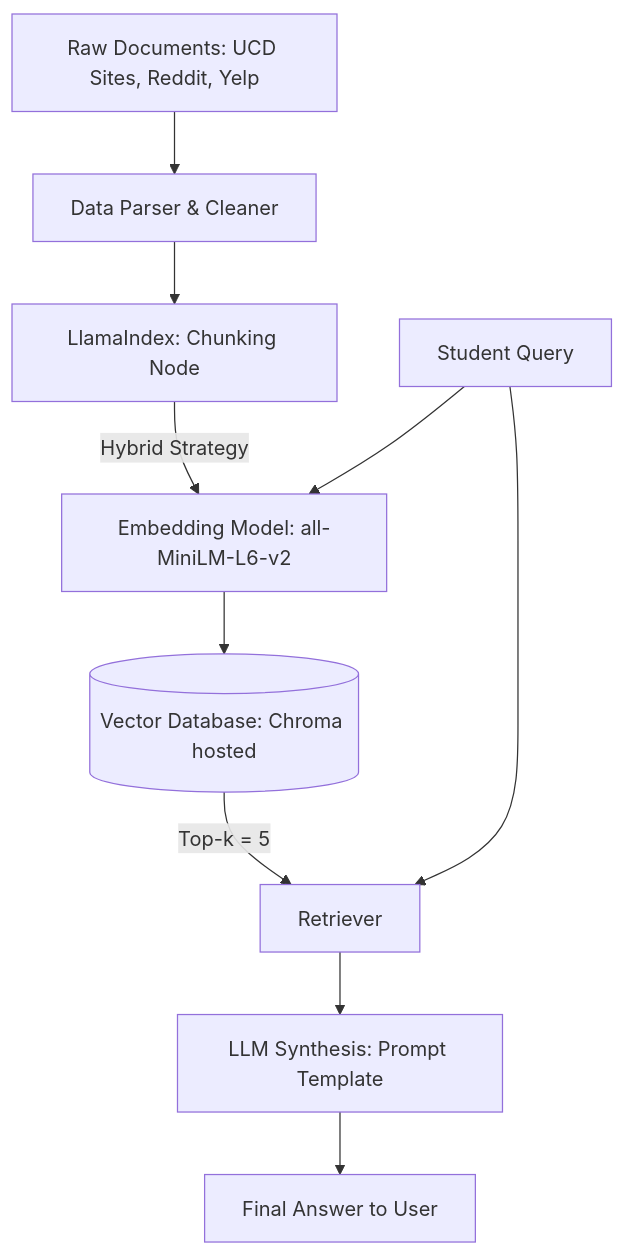
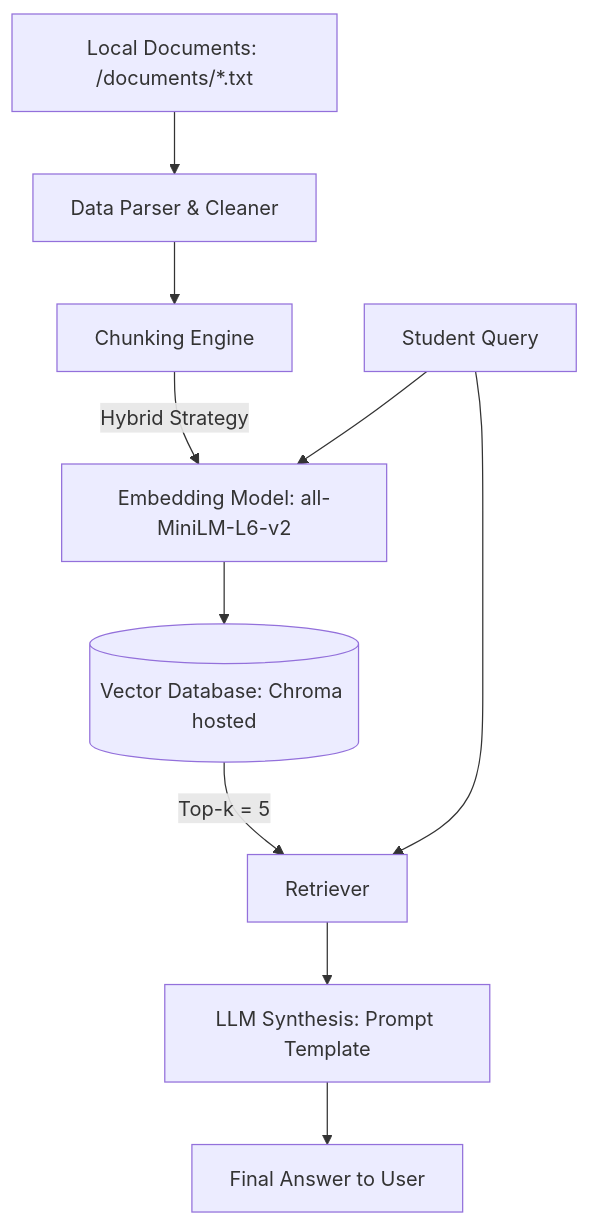
One commit to opatki/Production_RAG_System changed the diagram in planning.md. Above: the diagram before and after it, drawn with Mermaid. The commit also changed other lines of this file and 11 other files, not shown here.

````diff
--- a/planning.md
+++ b/planning.md
@@ -108,12 +108,12 @@
 ```mermaid
   graph TD;
-      A[Raw Documents: UCD Sites, Reddit, Yelp] --> B[Data Parser & Cleaner];
-      B --> C[LlamaIndex: Chunking Node];
+      A[Local Documents: /documents/*.txt] --> B[Data Parser & Cleaner];
+      B --> C[Chunking Engine];
       C -->|Hybrid Strategy| D[Embedding Model: all-MiniLM-L6-v2];
       D --> E[(Vector Database: Chroma hosted)];
       E -->|Top-k = 5| F[Retriever];
       G[Student Query] --> D
       G --> F
       F --> H[LLM Synthesis: Prompt Template]
       H --> I[Final Answer to User]
 ```
````
